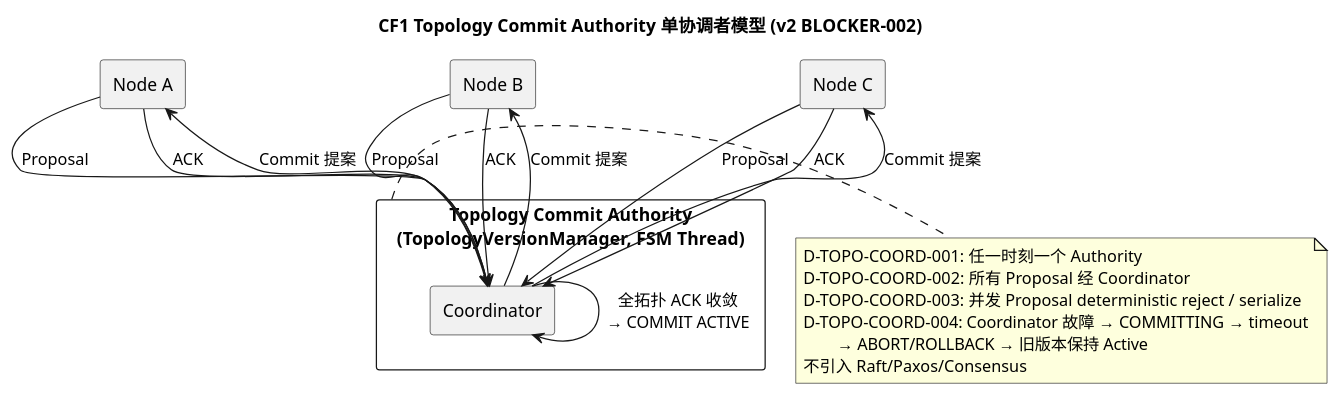
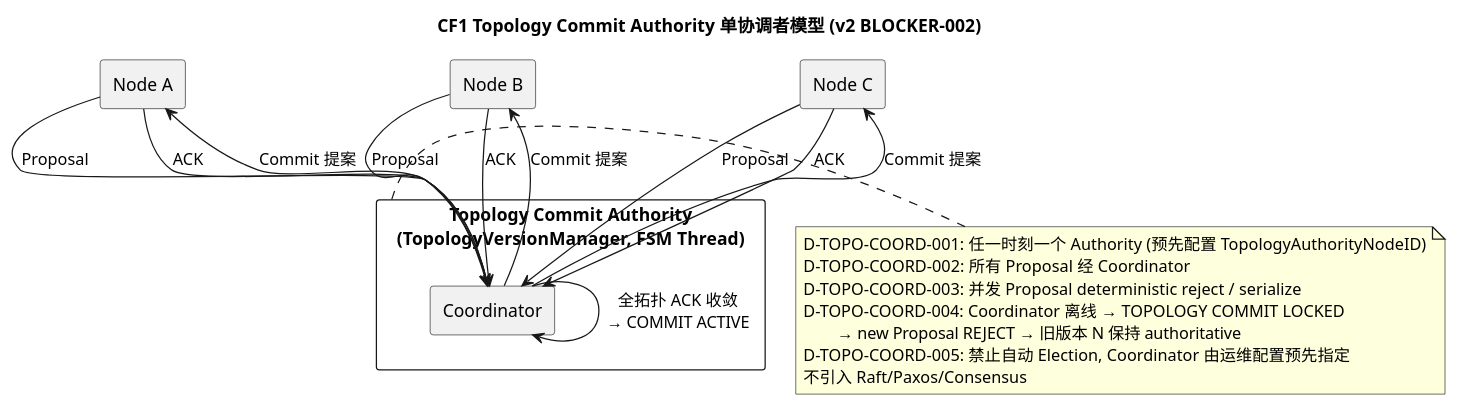
Before and after one commit to wujupeng/CrossFlow-X: the seventh of 7 diagrams in docs/cf1_endpoint_disc/design.md, drawn with PlantUML. The commit also changed other lines of this file, not shown here.

````diff
--- a/docs/cf1_endpoint_disc/design.md
+++ b/docs/cf1_endpoint_disc/design.md
@@ -1921,39 +1933,40 @@
 ```plantuml
 @startuml
 title CF1 Topology Commit Authority 单协调者模型 (v2 BLOCKER-002)
 
 rectangle "Topology Commit Authority\n(TopologyVersionManager, FSM Thread)" as Coord {
   rectangle "Coordinator" as CR
 }
 
 rectangle "Node A" as NA
 rectangle "Node B" as NB
 rectangle "Node C" as NC
 
 ' === Proposal 必须经 Coordinator (D-TOPO-COORD-002) ===
 NA --> CR : Proposal
 NB --> CR : Proposal
 NC --> CR : Proposal
 
 ' === Coordinator 分发 Commit 提案 ===
 CR --> NA : Commit 提案
 CR --> NB : Commit 提案
 CR --> NC : Commit 提案
 
 ' === ACK 收敛 ===
 NA --> CR : ACK
 NB --> CR : ACK
 NC --> CR : ACK
 
 CR --> CR : 全拓扑 ACK 收敛\n→ COMMIT ACTIVE
 
 note right of Coord
-  D-TOPO-COORD-001: 任一时刻一个 Authority
+  D-TOPO-COORD-001: 任一时刻一个 Authority (预先配置 TopologyAuthorityNodeID)
   D-TOPO-COORD-002: 所有 Proposal 经 Coordinator
   D-TOPO-COORD-003: 并发 Proposal deterministic reject / serialize
-  D-TOPO-COORD-004: Coordinator 故障 → COMMITTING → timeout
-          → ABORT/ROLLBACK → 旧版本保持 Active
+  D-TOPO-COORD-004: Coordinator 离线 → TOPOLOGY COMMIT LOCKED
+          → new Proposal REJECT → 旧版本 N 保持 authoritative
+  D-TOPO-COORD-005: 禁止自动 Election, Coordinator 由运维配置预先指定
   不引入 Raft/Paxos/Consensus
 end note
 @enduml
 ```
````
